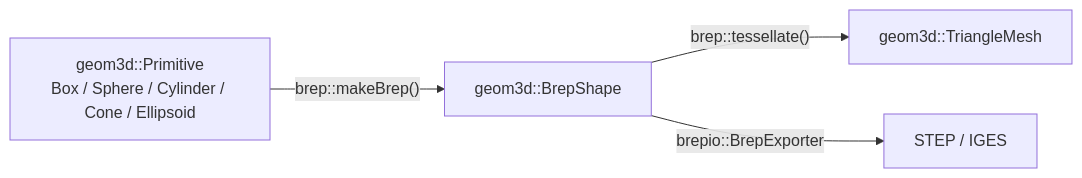
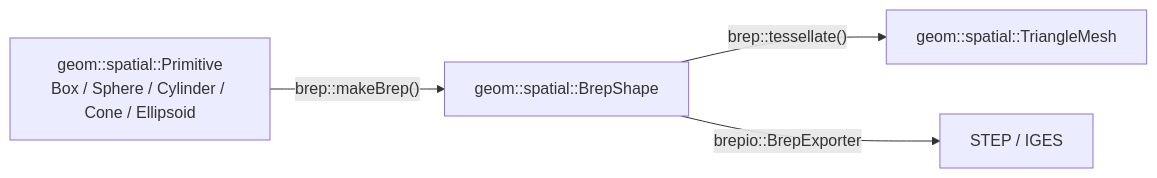
The diagram in .ai/design/brep-operations.md (lonelyong/Vine), drawn with Mermaid before and after one commit. The commit also changed other lines of this file and 305 other files, not shown here.

````diff
--- a/.ai/design/brep-operations.md
+++ b/.ai/design/brep-operations.md
@@ -97,6 +97,6 @@
 ```mermaid
 flowchart LR
-    P["geom3d::Primitive<br/>Box / Sphere / Cylinder / Cone / Ellipsoid"] -->|"brep::makeBrep()"| B["geom3d::BrepShape"]
-    B -->|"brep::tessellate()"| M["geom3d::TriangleMesh"]
+    P["geom::spatial::Primitive<br/>Box / Sphere / Cylinder / Cone / Ellipsoid"] -->|"brep::makeBrep()"| B["geom::spatial::BrepShape"]
+    B -->|"brep::tessellate()"| M["geom::spatial::TriangleMesh"]
     B -->|"brepio::BrepExporter"| F["STEP / IGES"]
 ```
````
